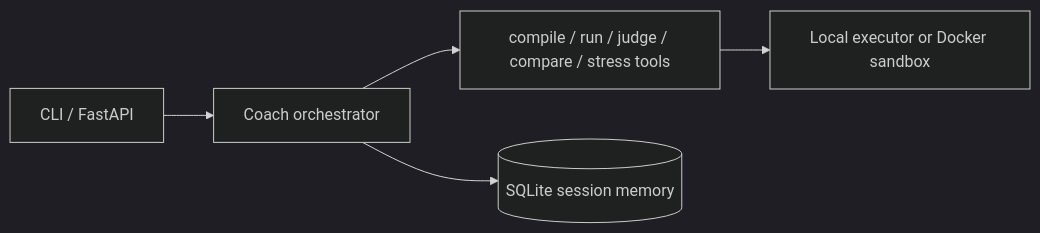
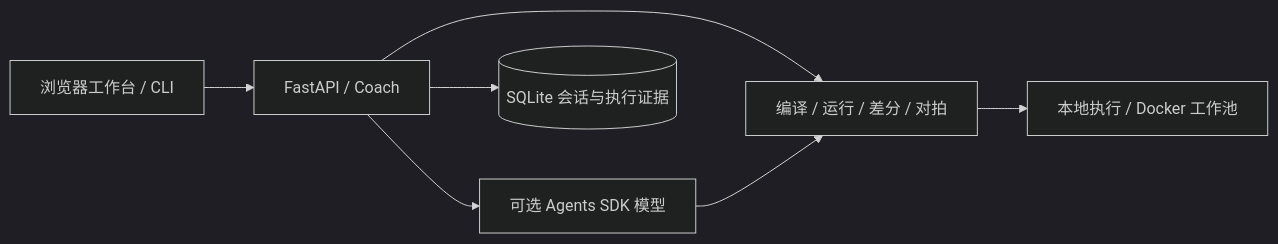
One commit to Ehahaha1015/acm-agent changed the diagram in README.md. Above: the diagram before and after it, drawn with Mermaid (dark theme). The commit also changed other lines of this file and 27 other files, not shown here.

````diff
--- a/README.md
+++ b/README.md
@@ -11,7 +138,9 @@
 ```mermaid
 flowchart LR
-  U[CLI / FastAPI] --> C[Coach orchestrator]
-  C --> T[compile / run / judge / compare / stress tools]
-  T --> E[Local executor or Docker sandbox]
-  C --> M[(SQLite session memory)]
+  Web[浏览器工作台 / CLI] --> API[FastAPI / Coach]
+  API --> Tools[编译 / 运行 / 差分 / 对拍]
+  API --> Model[可选 Agents SDK 模型]
+  Model --> Tools
+  Tools --> Backend[本地执行 / Docker 工作池]
+  API --> DB[(SQLite 会话与执行证据)]
 ```
````
